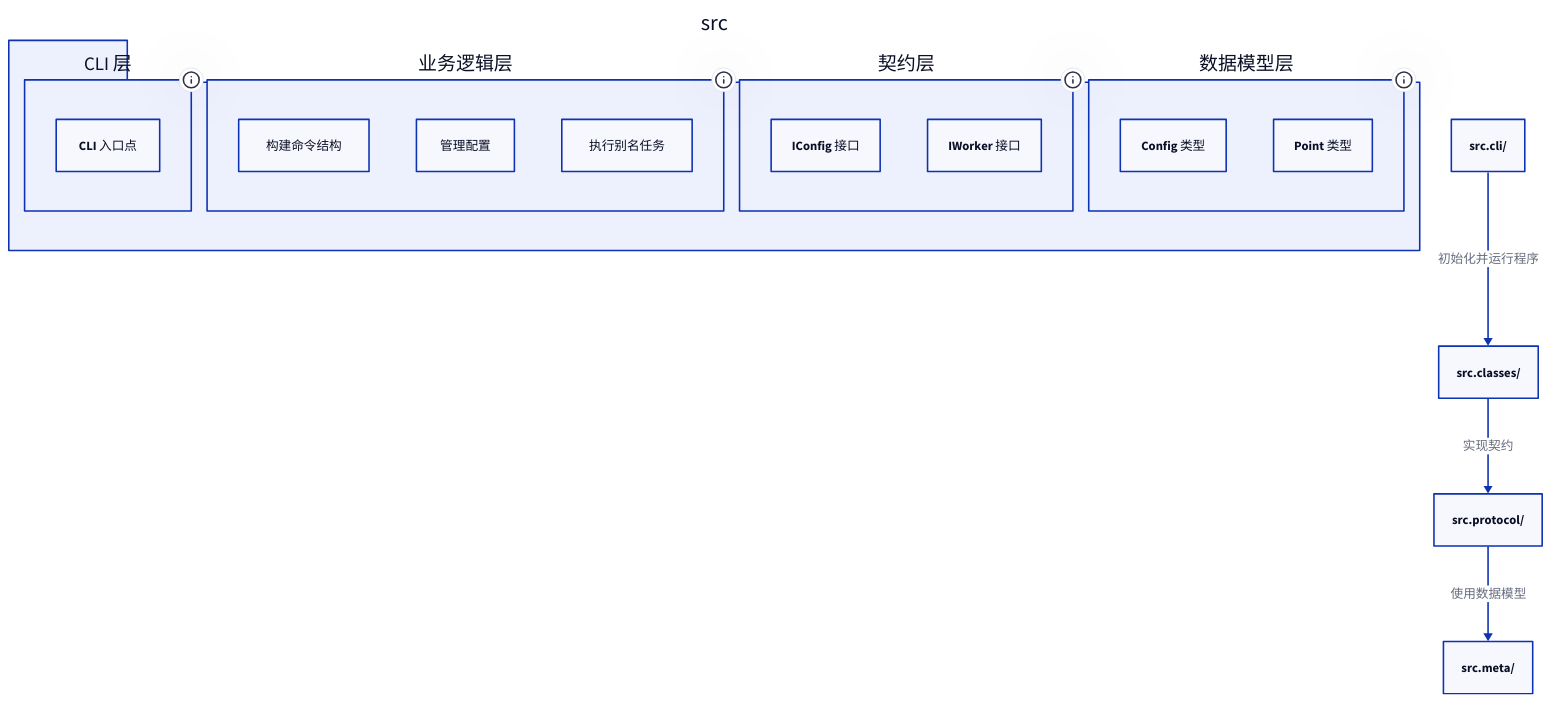
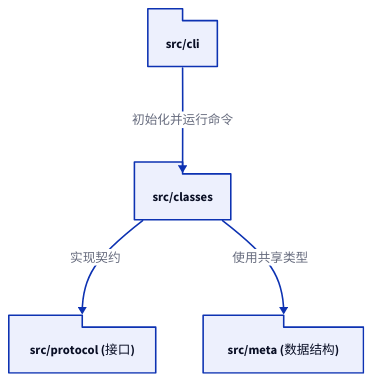
Before and after one commit to lban2049/to-where-cli: the diagram in .aigne/doc-smith/docs/development-project-structure.zh.md, drawn with D2. The commit also changed other lines of this file and 24 other files, not shown here.

````diff
--- a/.aigne/doc-smith/docs/development-project-structure.zh.md
+++ b/.aigne/doc-smith/docs/development-project-structure.zh.md
@@ -11,40 +11,28 @@
 ```d2
 direction: down
 
-"src": {
+"CLI 入口点": {
+  label: "src/cli"
   shape: package
-
-  "cli/": {
-    label: "CLI 层"
-    tooltip: "处理命令行交互"
-    "index.ts": "CLI 入口点"
-  }
-
-  "classes/": {
-    label: "业务逻辑层"
-    tooltip: "实现核心功能"
-    "create-program.ts": "构建命令结构"
-    "simple-config.ts": "管理配置"
-    "simple-worker.ts": "执行别名任务"
-  }
-
-  "protocol/": {
-    label: "契约层"
-    tooltip: "为服务定义接口"
-    "config.protocol.ts": "IConfig 接口"
-    "worker.protocol.ts": "IWorker 接口"
-  }
-
-  "meta/": {
-    label: "数据模型层"
-    tooltip: "定义核心数据结构"
-    "config.meta.ts": "Config 类型"
-    "point.meta.ts": "Point 类型"
-  }
 }
 
-"src.cli/" -> "src.classes/": "初始化并运行程序"
-"src.classes/" -> "src.protocol/": "实现契约"
-"src.protocol/" -> "src.meta/": "使用数据模型"
+"核心逻辑": {
+  label: "src/classes"
+  shape: package
+}
+
+"协议": {
+  label: "src/protocol (接口)"
+  shape: package
+}
+
+"元数据": {
+  label: "src/meta (数据结构)"
+  shape: package
+}
+
+"CLI 入口点" -> "核心逻辑": "初始化并运行命令"
+"核心逻辑" -> "协议": "实现契约"
+"核心逻辑" -> "元数据": "使用共享类型"
 
 ```
````
